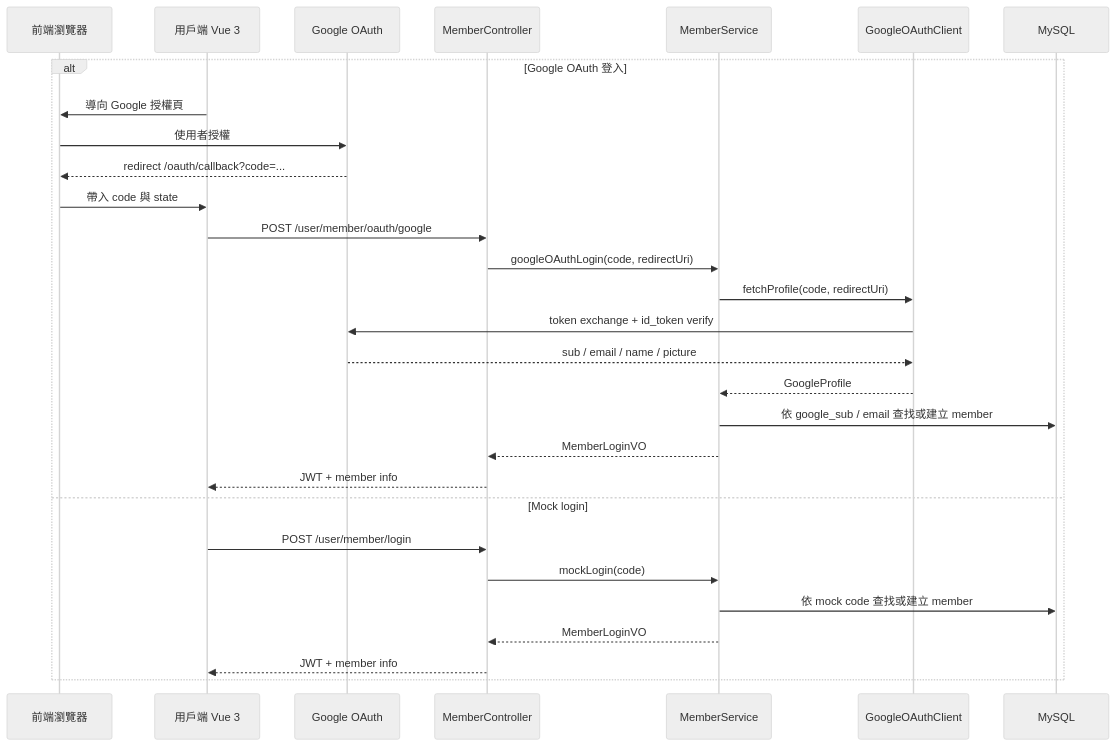
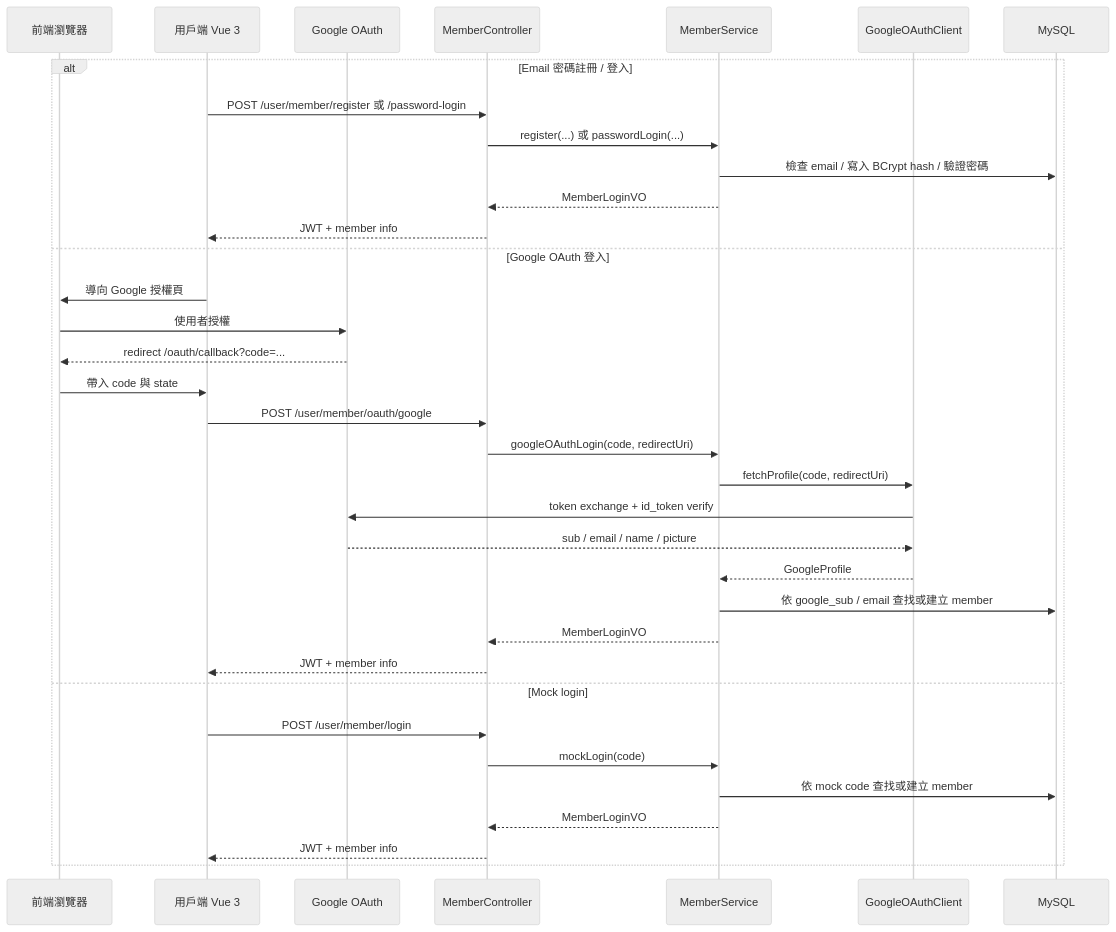
The fifth of 12 diagrams in docs/architecture.md (kevinlin000/local-fresh-platform), drawn with Mermaid (neutral theme) before and after one commit. The commit also changed other lines of this file and 4 other files, not shown here.

````diff
--- a/docs/architecture.md
+++ b/docs/architecture.md
@@ -567,32 +569,38 @@
 ```mermaid
 sequenceDiagram
     participant Browser as 前端瀏覽器
     participant Frontend as 用戶端 Vue 3
     participant Google as Google OAuth
     participant API as MemberController
     participant Service as MemberService
     participant OAuthClient as GoogleOAuthClient
     participant DB as MySQL
 
-    alt Google OAuth 登入
+    alt Email 密碼註冊 / 登入
+        Frontend->>API: POST /user/member/register 或 /password-login
+        API->>Service: register(...) 或 passwordLogin(...)
+        Service->>DB: 檢查 email / 寫入 BCrypt hash / 驗證密碼
+        Service-->>API: MemberLoginVO
+        API-->>Frontend: JWT + member info
+    else Google OAuth 登入
         Frontend->>Browser: 導向 Google 授權頁
         Browser->>Google: 使用者授權
         Google-->>Browser: redirect /oauth/callback?code=...
         Browser->>Frontend: 帶入 code 與 state
         Frontend->>API: POST /user/member/oauth/google
         API->>Service: googleOAuthLogin(code, redirectUri)
         Service->>OAuthClient: fetchProfile(code, redirectUri)
         OAuthClient->>Google: token exchange + id_token verify
         Google-->>OAuthClient: sub / email / name / picture
         OAuthClient-->>Service: GoogleProfile
         Service->>DB: 依 google_sub / email 查找或建立 member
         Service-->>API: MemberLoginVO
         API-->>Frontend: JWT + member info
     else Mock login
         Frontend->>API: POST /user/member/login
         API->>Service: mockLogin(code)
         Service->>DB: 依 mock code 查找或建立 member
         Service-->>API: MemberLoginVO
         API-->>Frontend: JWT + member info
     end
 ```
````
